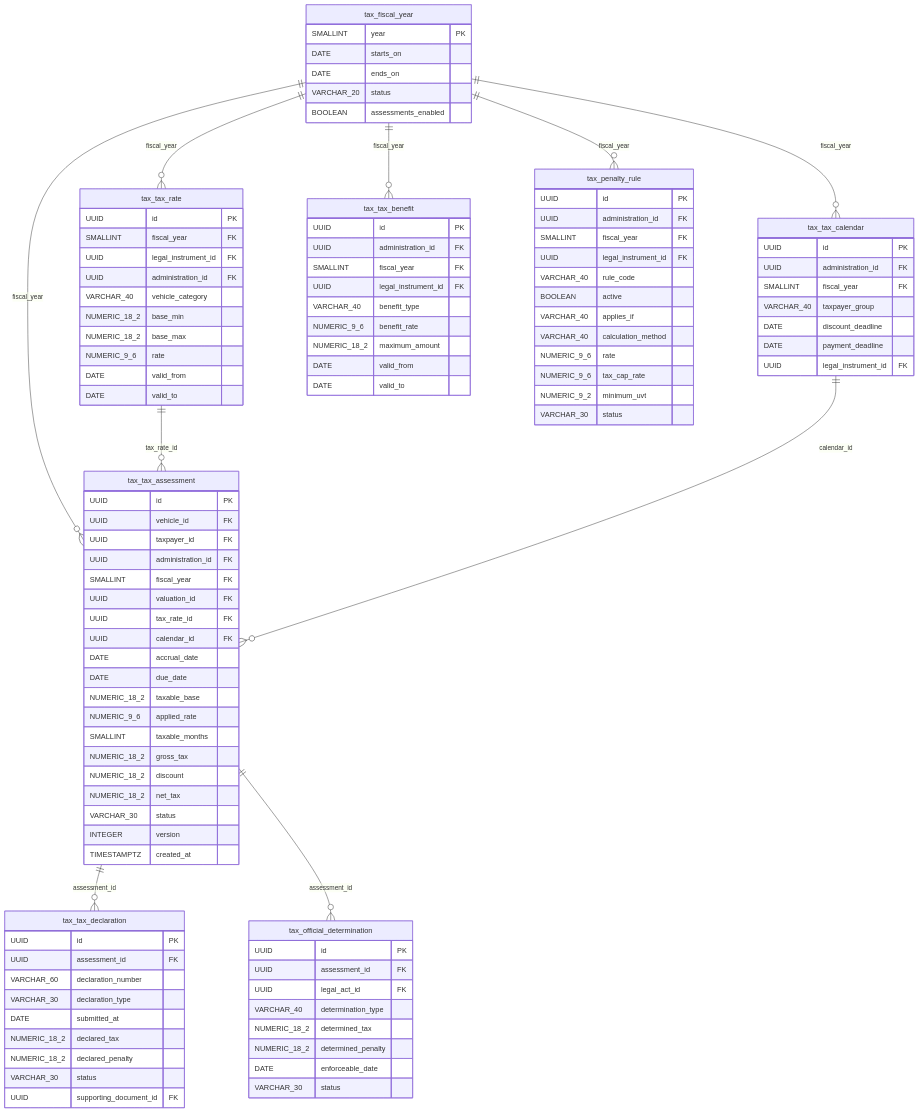
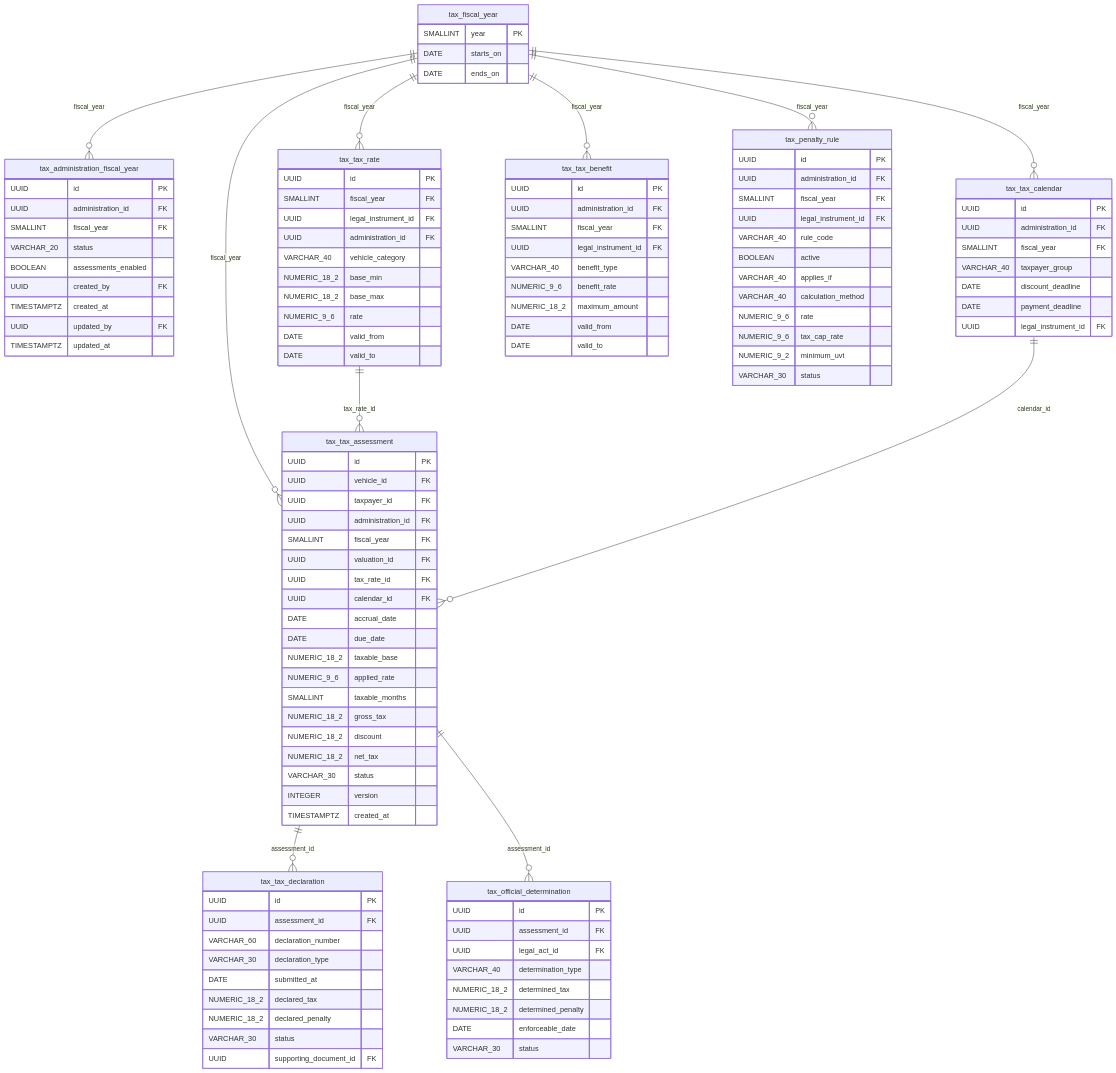
The fifth of 11 diagrams in docs/funcional/ERD_impuesto_vehicular_definitivo_v2_CSV_cartera.md (jorgearaujoSap/liv), drawn with Mermaid before and after one commit. The commit also changed other lines of this file and 3 other files, not shown here.

First line of the commit message:
docs(007): ERD 2.3, Doc. 01 v0.5 y Doc. 02 v0.3 con la vigencia por administración (#180)

```diff
--- a/docs/funcional/ERD_impuesto_vehicular_definitivo_v2_CSV_cartera.md
+++ b/docs/funcional/ERD_impuesto_vehicular_definitivo_v2_CSV_cartera.md
@@ -436,8 +443,17 @@
         SMALLINT year PK
         DATE starts_on
         DATE ends_on
+    }
+    tax_administration_fiscal_year {
+        UUID id PK
+        UUID administration_id FK
+        SMALLINT fiscal_year FK
         VARCHAR_20 status
         BOOLEAN assessments_enabled
+        UUID created_by FK
+        TIMESTAMPTZ created_at
+        UUID updated_by FK
+        TIMESTAMPTZ updated_at
     }
     tax_tax_rate {
         UUID id PK
@@ -527,6 +543,7 @@
         DATE enforceable_date
         VARCHAR_30 status
     }
+    tax_fiscal_year ||--o{ tax_administration_fiscal_year : fiscal_year
     tax_fiscal_year ||--o{ tax_tax_rate : fiscal_year
     tax_fiscal_year ||--o{ tax_tax_calendar : fiscal_year
     tax_fiscal_year ||--o{ tax_tax_benefit : fiscal_year
```
